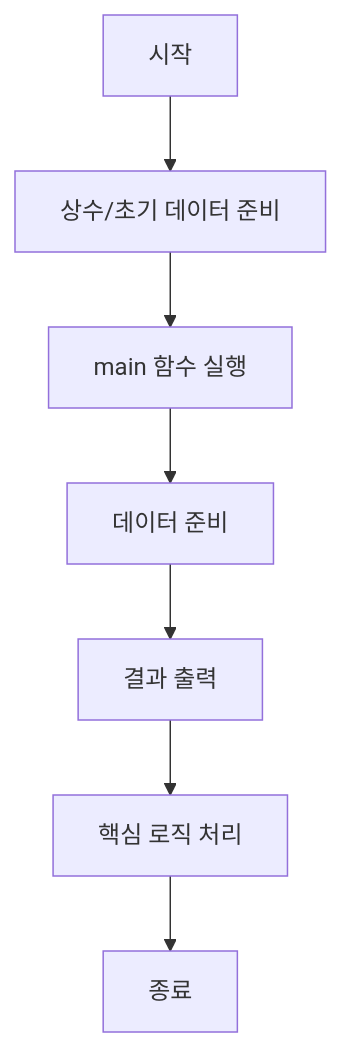
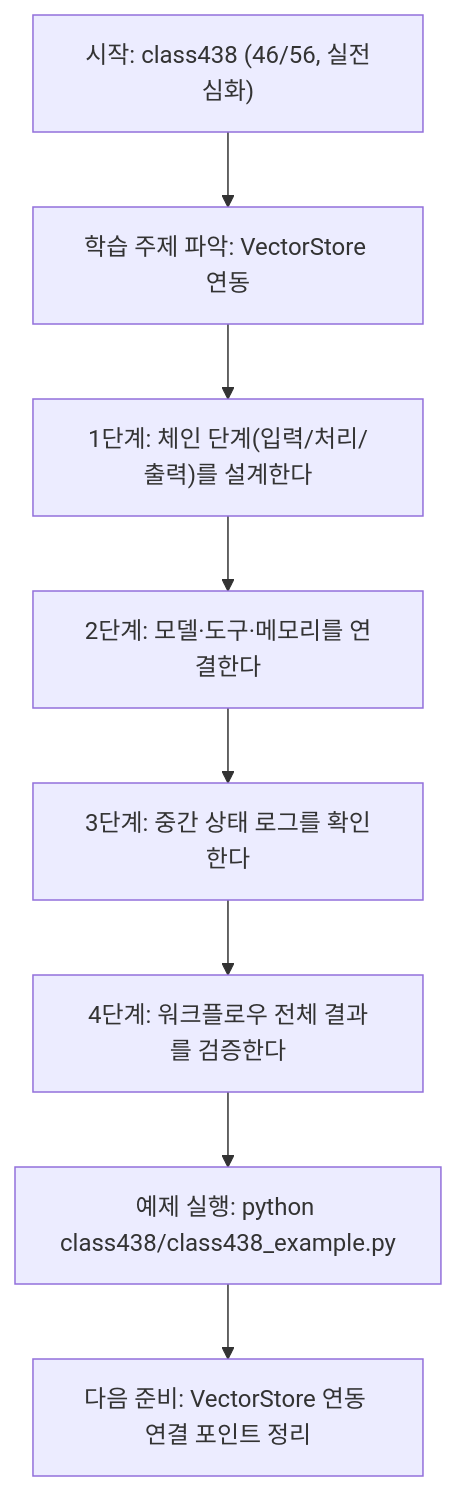
The diagram in class438/class438.md (edumgt/Python-AI_Agent-Class), drawn with Mermaid before and after one commit. The commit also changed other lines of this file and 1012 other files, not shown here.

````diff
--- a/class438/class438.md
+++ b/class438/class438.md
@@ -63,10 +80,18 @@
 ```mermaid
-graph TD
-    N1[시작]
-    N1 --> N2[상수/초기 데이터 준비]
-    N2 --> N3[main 함수 실행]
-    N3 --> N4[데이터 준비]
-    N4 --> N5[결과 출력]
-    N5 --> N6[핵심 로직 처리]
-    N6 --> N7[종료]
+flowchart TD
+N1["시작: class438 (46/56, 실전심화)"]
+N2["학습 주제 파악: VectorStore 연동"]
+N3["1단계: 체인 단계(입력/처리/출력)를 설계한다"]
+N4["2단계: 모델·도구·메모리를 연결한다"]
+N5["3단계: 중간 상태 로그를 확인한다"]
+N6["4단계: 워크플로우 전체 결과를 검증한다"]
+N7["예제 실행: python class438/class438_example.py"]
+N8["다음 준비: VectorStore 연동 연결 포인트 정리"]
+N1 --> N2
+N2 --> N3
+N3 --> N4
+N4 --> N5
+N5 --> N6
+N6 --> N7
+N7 --> N8
 ```
````
